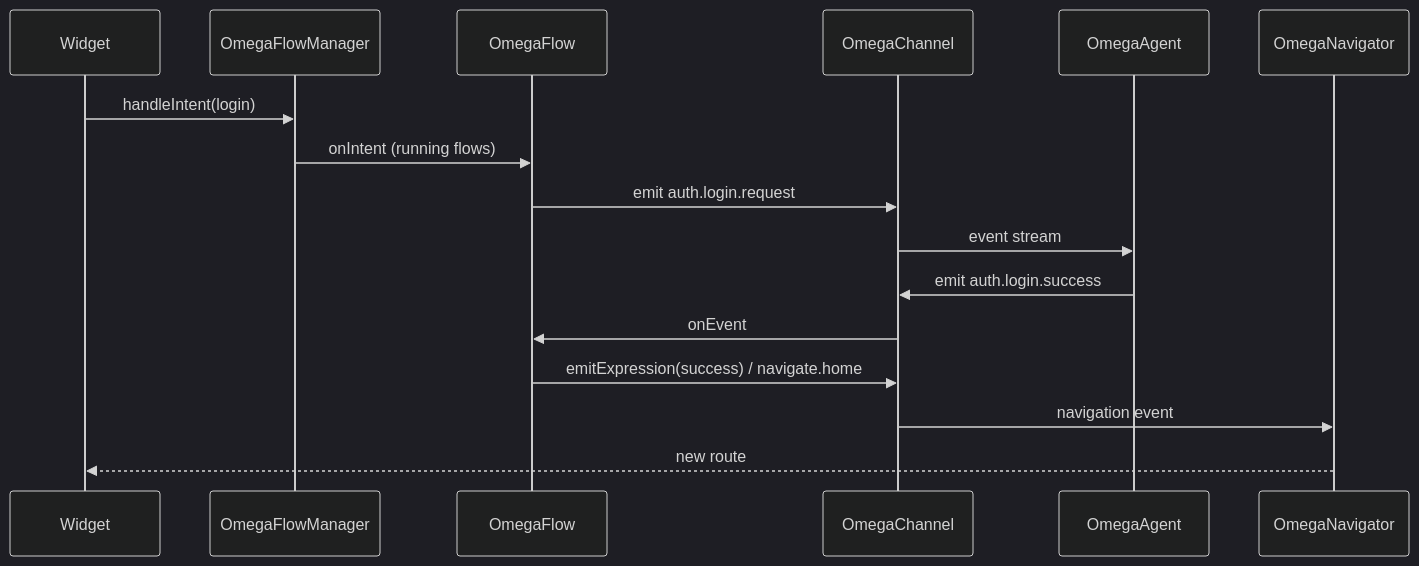
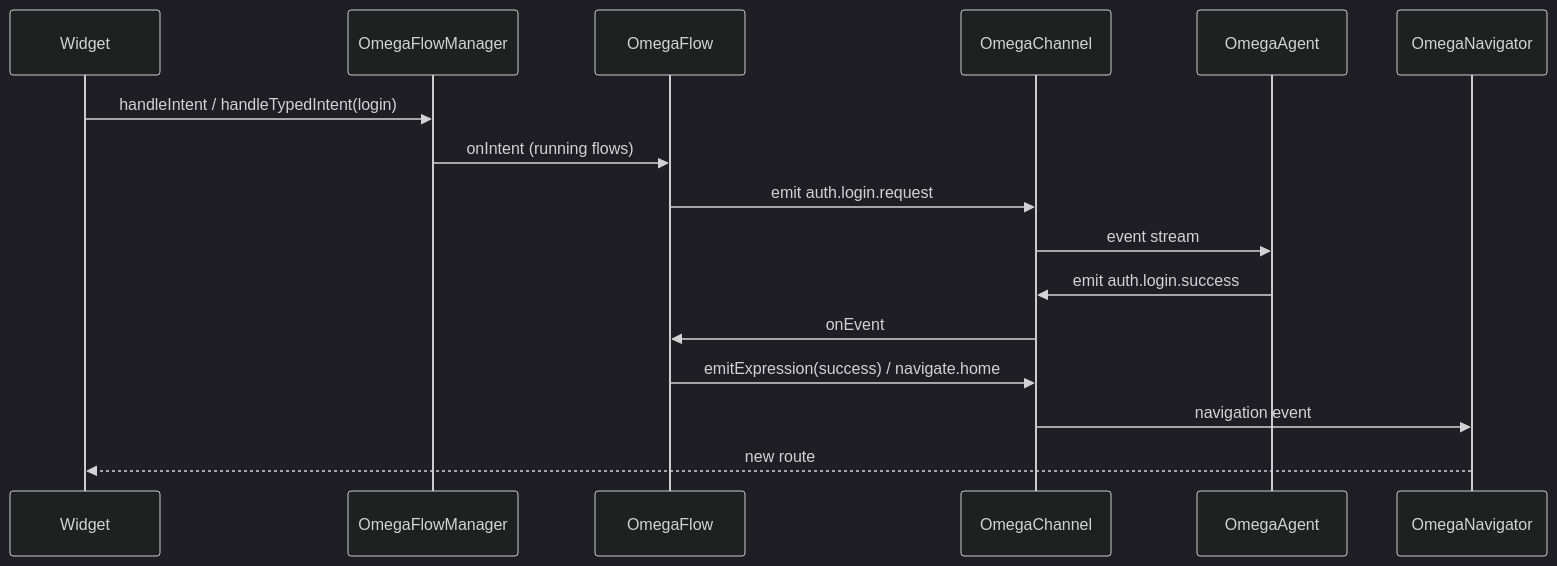
One commit to yefersonSegura/omega_architecture changed the third of 3 diagrams in docs/guide/total-architecture.md. Above: the diagram before and after it, drawn with Mermaid (dark theme). The commit also changed other lines of this file and 32 other files, not shown here.

````diff
--- a/docs/guide/total-architecture.md
+++ b/docs/guide/total-architecture.md
@@ -211,19 +211,19 @@
 ```mermaid
 sequenceDiagram
   participant UI as Widget
   participant FM as OmegaFlowManager
   participant F as OmegaFlow
   participant CH as OmegaChannel
   participant A as OmegaAgent
   participant NAV as OmegaNavigator
 
-  UI->>FM: handleIntent(login)
+  UI->>FM: handleIntent / handleTypedIntent(login)
   FM->>F: onIntent (running flows)
   F->>CH: emit auth.login.request
   CH->>A: event stream
   A->>CH: emit auth.login.success
   CH->>F: onEvent
   F->>CH: emitExpression(success) / navigate.home
   CH->>NAV: navigation event
   NAV-->>UI: new route
 ```
````
